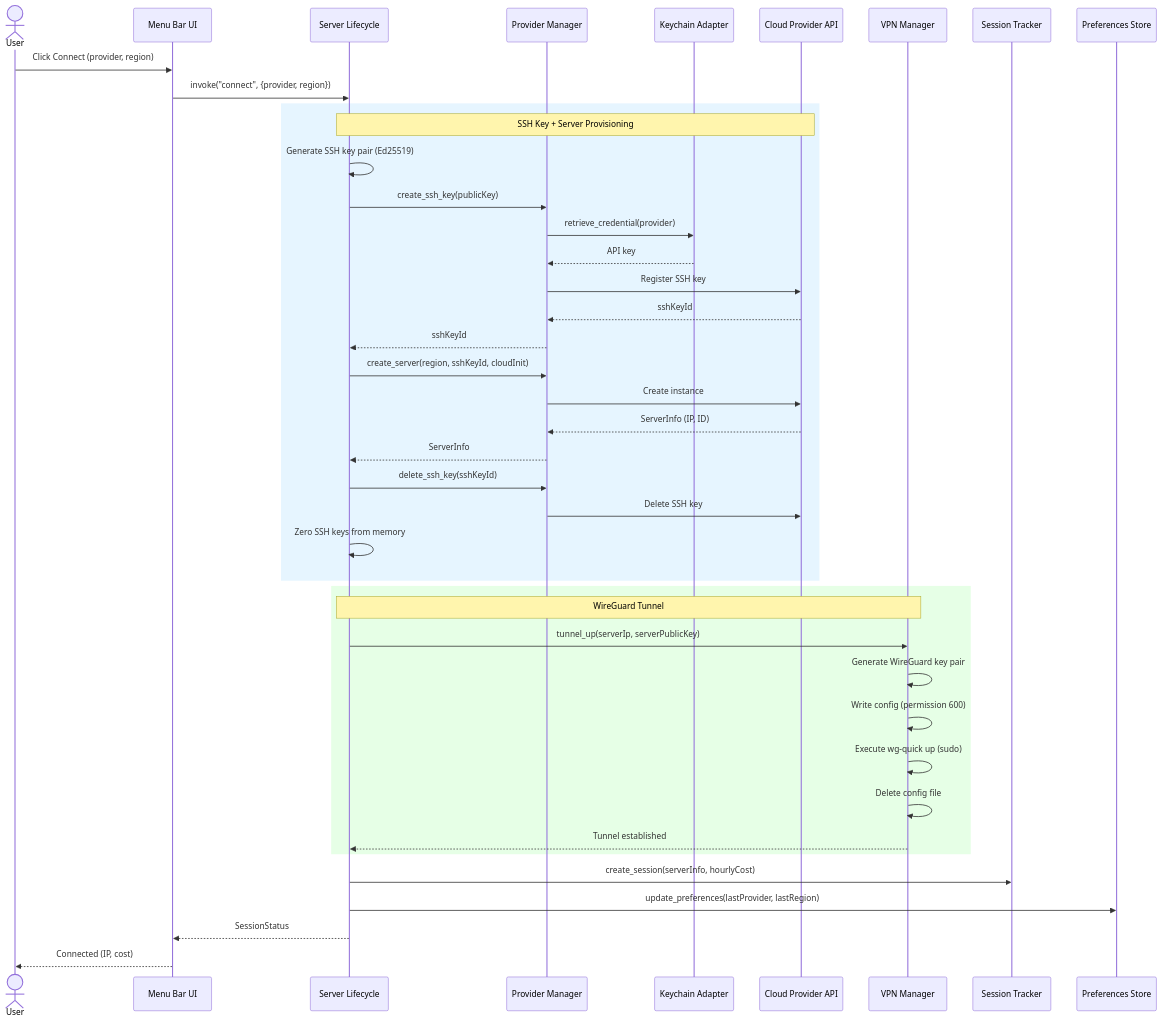
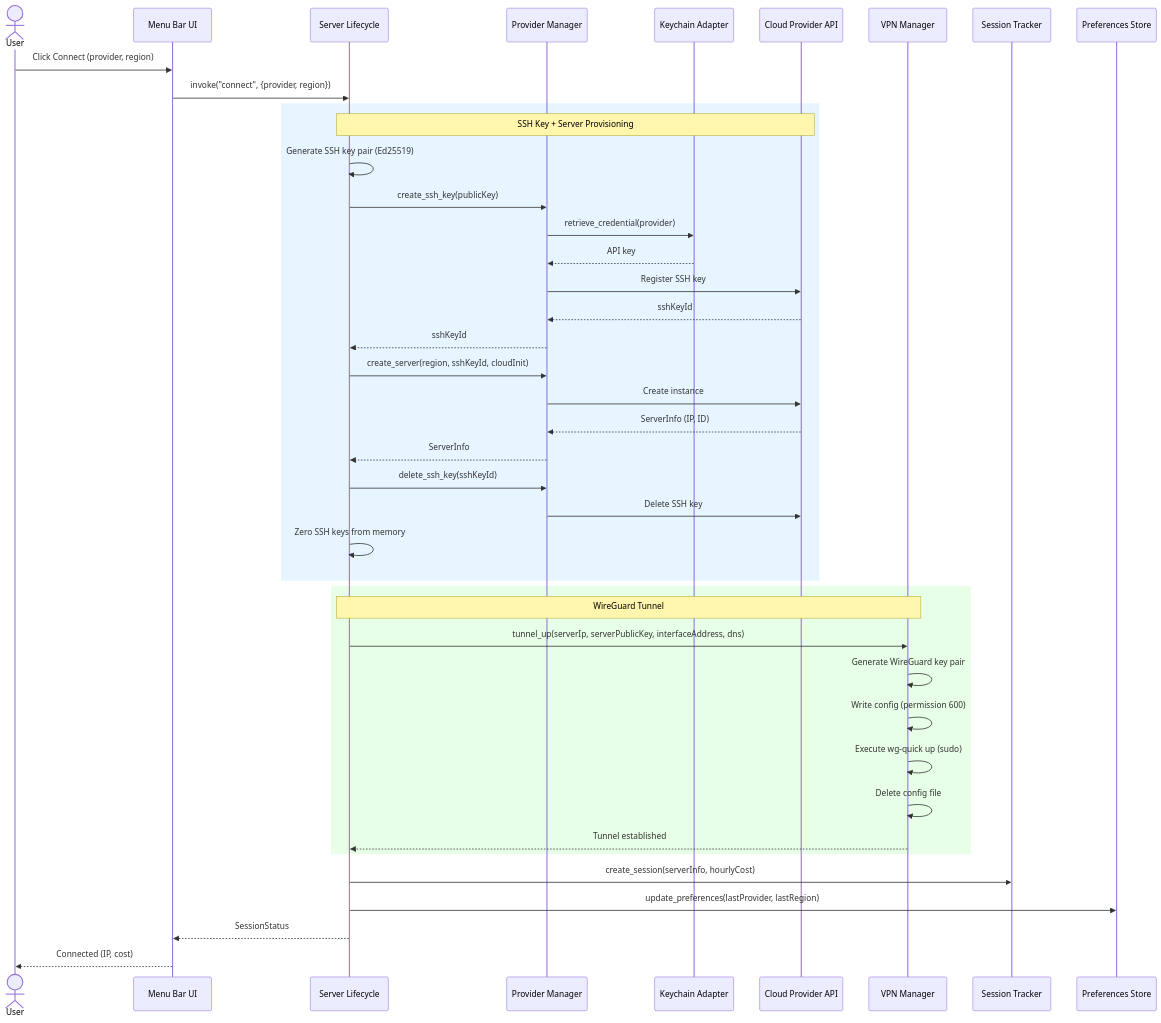
Before and after one commit to saemanas/oh-my-vpn: the first of 4 diagrams in docs/api-design/2026-03-04-1726-api-design.md, drawn with Mermaid. The commit also changed other lines of this file and 10 other files, not shown here.

````diff
--- a/docs/api-design/2026-03-04-1726-api-design.md
+++ b/docs/api-design/2026-03-04-1726-api-design.md
@@ -626,50 +626,50 @@
 ```mermaid
 sequenceDiagram
     actor User
     participant UI as Menu Bar UI
     participant SL as Server Lifecycle
     participant PM as Provider Manager
     participant KA as Keychain Adapter
     participant Cloud as Cloud Provider API
     participant VM as VPN Manager
     participant ST as Session Tracker
     participant PS as Preferences Store
 
     User->>UI: Click Connect (provider, region)
     UI->>SL: invoke("connect", {provider, region})
 
     rect rgb(230, 245, 255)
         note over SL,Cloud: SSH Key + Server Provisioning
         SL->>SL: Generate SSH key pair (Ed25519)
         SL->>PM: create_ssh_key(publicKey)
         PM->>KA: retrieve_credential(provider)
         KA-->>PM: API key
         PM->>Cloud: Register SSH key
         Cloud-->>PM: sshKeyId
         PM-->>SL: sshKeyId
 
         SL->>PM: create_server(region, sshKeyId, cloudInit)
         PM->>Cloud: Create instance
         Cloud-->>PM: ServerInfo (IP, ID)
         PM-->>SL: ServerInfo
 
         SL->>PM: delete_ssh_key(sshKeyId)
         PM->>Cloud: Delete SSH key
         SL->>SL: Zero SSH keys from memory
     end
 
     rect rgb(230, 255, 230)
         note over SL,VM: WireGuard Tunnel
-        SL->>VM: tunnel_up(serverIp, serverPublicKey)
+        SL->>VM: tunnel_up(serverIp, serverPublicKey, interfaceAddress, dns)
         VM->>VM: Generate WireGuard key pair
         VM->>VM: Write config (permission 600)
         VM->>VM: Execute wg-quick up (sudo)
         VM->>VM: Delete config file
         VM-->>SL: Tunnel established
     end
 
     SL->>ST: create_session(serverInfo, hourlyCost)
     SL->>PS: update_preferences(lastProvider, lastRegion)
     SL-->>UI: SessionStatus
     UI-->>User: Connected (IP, cost)
 ```
````
